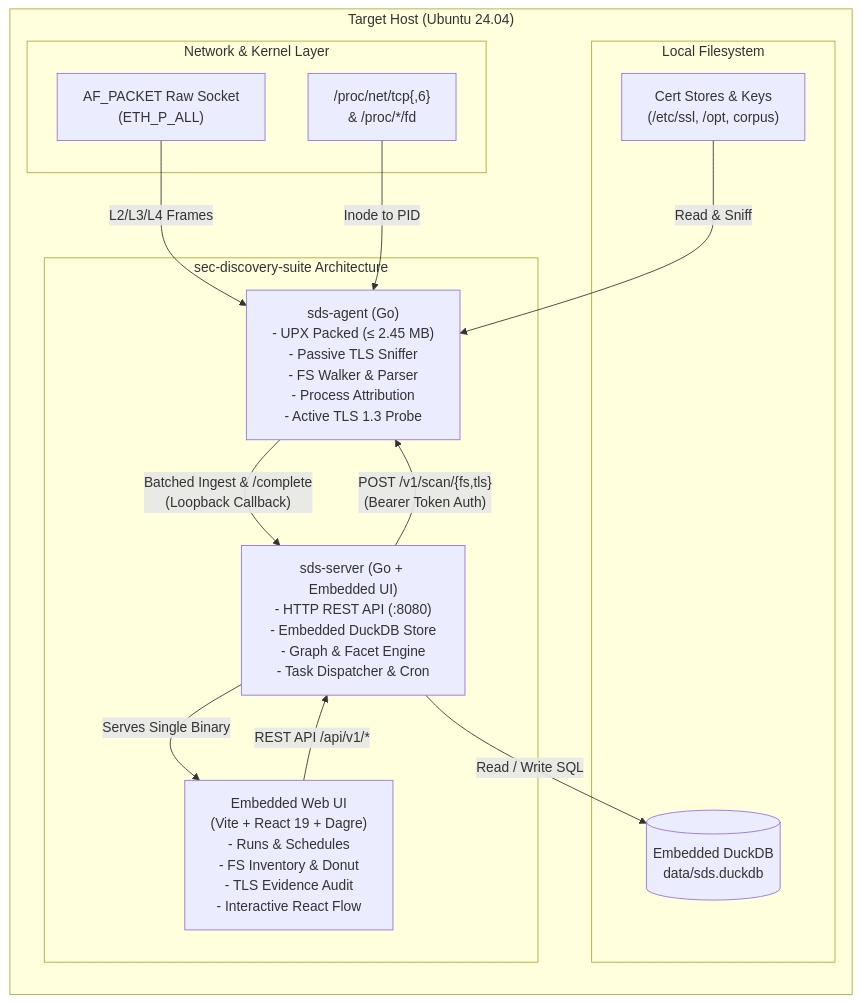
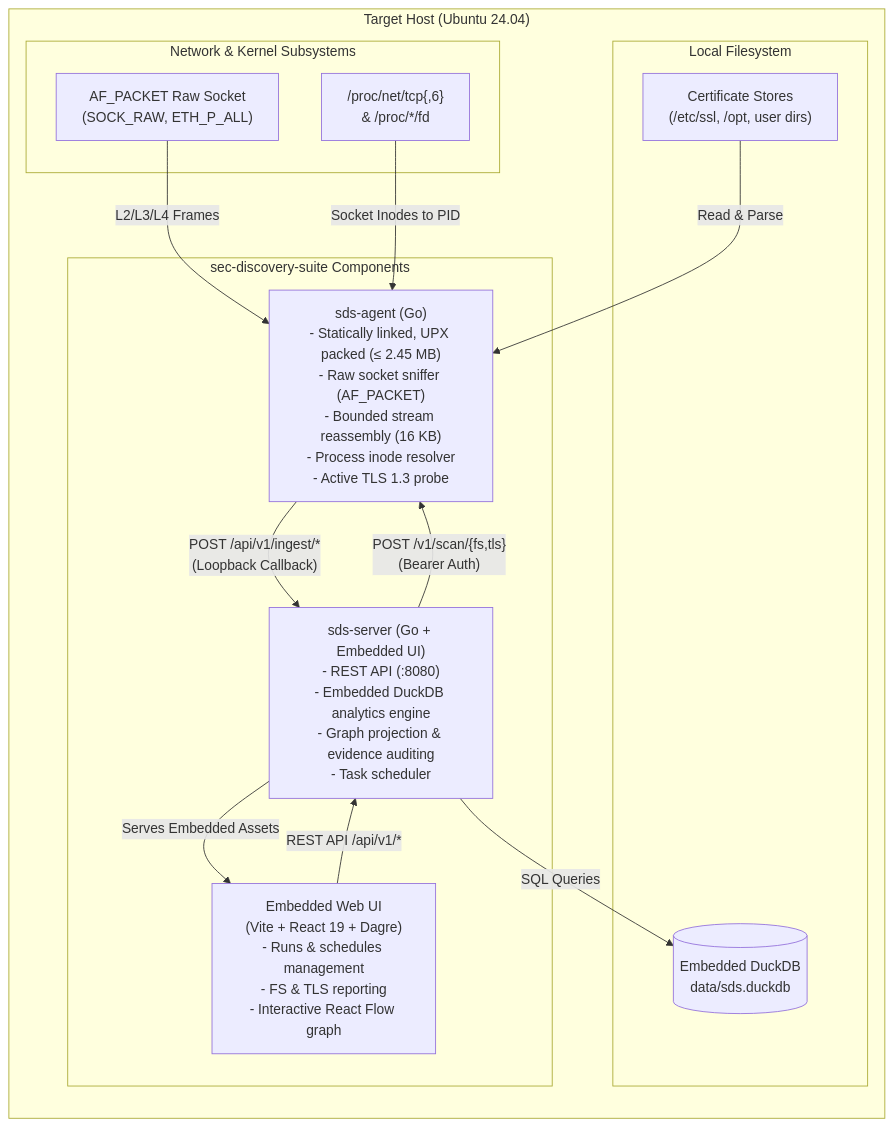
One commit to alvin-alvo/sec-discovery-suite changed the diagram in README.md. Above: the diagram before and after it, drawn with Mermaid. The commit also changed other lines of this file, not shown here.

````diff
--- a/README.md
+++ b/README.md
@@ -217,32 +146,31 @@
 ```mermaid
 flowchart LR
     subgraph Host["Target Host (Ubuntu 24.04)"]
-        subgraph KernelNetwork["Network & Kernel Layer"]
-            AF["AF_PACKET Raw Socket\n(ETH_P_ALL)"]
+        subgraph KernelNetwork["Network & Kernel Subsystems"]
+            AF["AF_PACKET Raw Socket\n(SOCK_RAW, ETH_P_ALL)"]
             ProcNet["/proc/net/tcp{,6}\n& /proc/*/fd"]
         end
 
         subgraph StorageLayer["Local Filesystem"]
-            FSCerts["Cert Stores & Keys\n(/etc/ssl, /opt, corpus)"]
+            FSCerts["Certificate Stores\n(/etc/ssl, /opt, user dirs)"]
             DuckDB[("Embedded DuckDB\ndata/sds.duckdb")]
         end
 
-        subgraph SDS["sec-discovery-suite Architecture"]
-            Agent["sds-agent (Go)\n- UPX Packed (&le; 2.45 MB)\n- Passive TLS Sniffer\n- FS Walker & Parser\n- Process Attribution\n- Active TLS 1.3 Probe"]
-            Server["sds-server (Go + Embedded UI)\n- HTTP REST API (:8080)\n- Embedded DuckDB Store\n- Graph & Facet Engine\n- Task Dispatcher & Cron"]
-            UI["Embedded Web UI\n(Vite + React 19 + Dagre)\n- Runs & Schedules\n- FS Inventory & Donut\n- TLS Evidence Audit\n- Interactive React Flow"]
+        subgraph SDS["sec-discovery-suite Components"]
+            Agent["sds-agent (Go)\n- Statically linked, UPX packed (&le; 2.45 MB)\n- Raw socket sniffer (AF_PACKET)\n- Bounded stream reassembly (16 KB)\n- Process inode resolver\n- Active TLS 1.3 probe"]
+            Server["sds-server (Go + Embedded UI)\n- REST API (:8080)\n- Embedded DuckDB analytics engine\n- Graph projection & evidence auditing\n- Task scheduler"]
+            UI["Embedded Web UI\n(Vite + React 19 + Dagre)\n- Runs & schedules management\n- FS & TLS reporting\n- Interactive React Flow graph"]
         end
     end
 
-    %% Interactions
     AF -->|L2/L3/L4 Frames| Agent
-    ProcNet -->|Inode to PID| Agent
-    FSCerts -->|Read & Sniff| Agent
+    ProcNet -->|Socket Inodes to PID| Agent
+    FSCerts -->|Read & Parse| Agent
 
-    Server -->|"POST /v1/scan/{fs,tls}\n(Bearer Token Auth)"| Agent
-    Agent -->|"Batched Ingest & /complete\n(Loopback Callback)"| Server
+    Server -->|"POST /v1/scan/{fs,tls}\n(Bearer Auth)"| Agent
+    Agent -->|"POST /api/v1/ingest/*\n(Loopback Callback)"| Server
 
-    Server -->|Read / Write SQL| DuckDB
-    Server -->|Serves Single Binary| UI
+    Server -->|SQL Queries| DuckDB
+    Server -->|Serves Embedded Assets| UI
     UI -->|REST API /api/v1/*| Server
 ```
````
